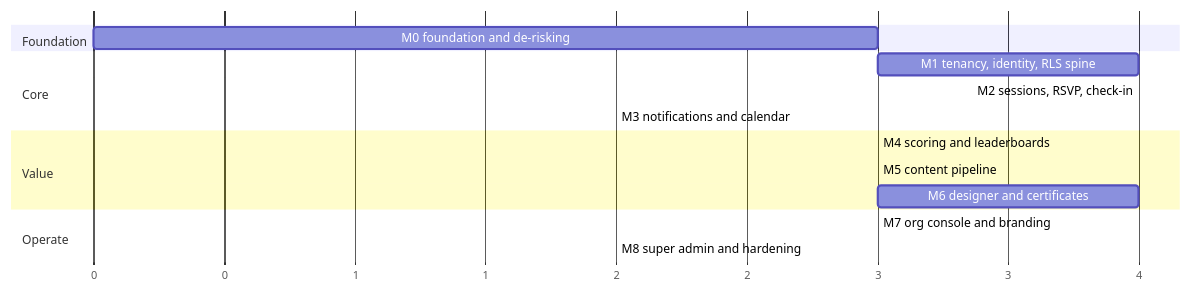
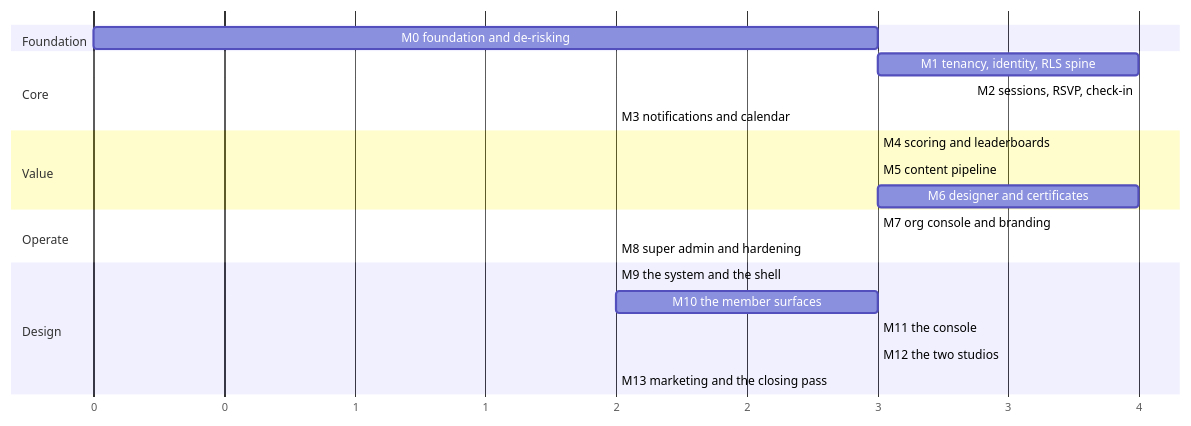
Before and after one commit to ebnmajed/kareem-marefa: the first of 2 diagrams in docs/plan/14-roadmap.md, drawn with Mermaid. The commit also changed other lines of this file and 9 other files, not shown here.

````diff
--- a/docs/plan/14-roadmap.md
+++ b/docs/plan/14-roadmap.md
@@ -30,18 +35,24 @@
 ```mermaid
 gantt
     dateFormat X
     axisFormat %s
     section Foundation
     M0 foundation and de-risking      :m0, 0, 3
     section Core
     M1 tenancy, identity, RLS spine   :m1, after m0, 4
     M2 sessions, RSVP, check-in       :m2, after m1, 4
     M3 notifications and calendar     :m3, after m2, 2
     section Value
     M4 scoring and leaderboards       :m4, after m2, 3
     M5 content pipeline               :m5, after m2, 3
     M6 designer and certificates      :m6, after m5, 4
     section Operate
     M7 org console and branding       :m7, after m4, 3
     M8 super admin and hardening      :m8, after m7, 2
+    section Design
+    M9 the system and the shell       :m9, after m8, 2
+    M10 the member surfaces           :m10, after m9, 3
+    M11 the console                   :m11, after m10, 3
+    M12 the two studios               :m12, after m11, 3
+    M13 marketing and the closing pass:m13, after m12, 2
 ```
````
